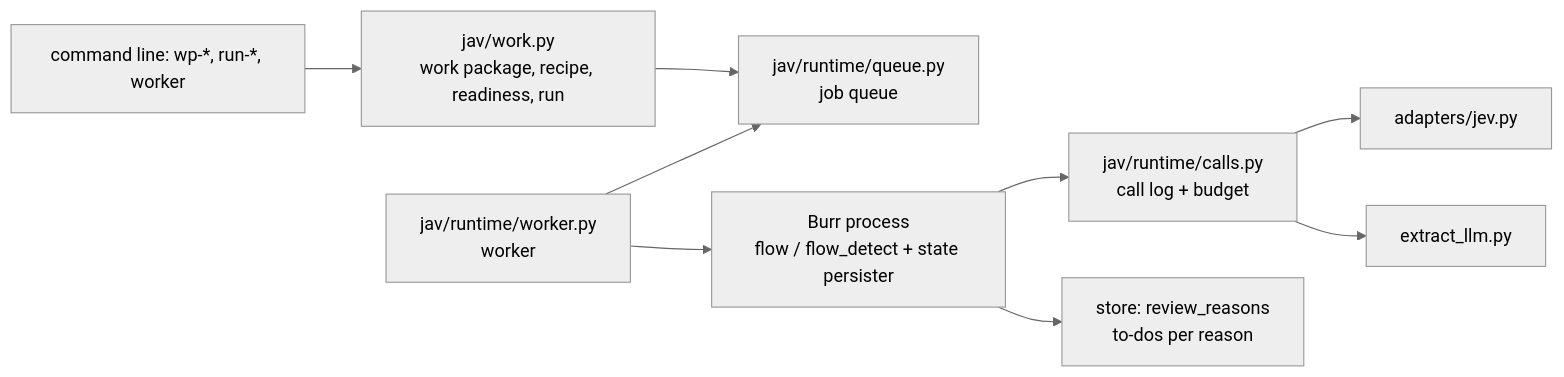
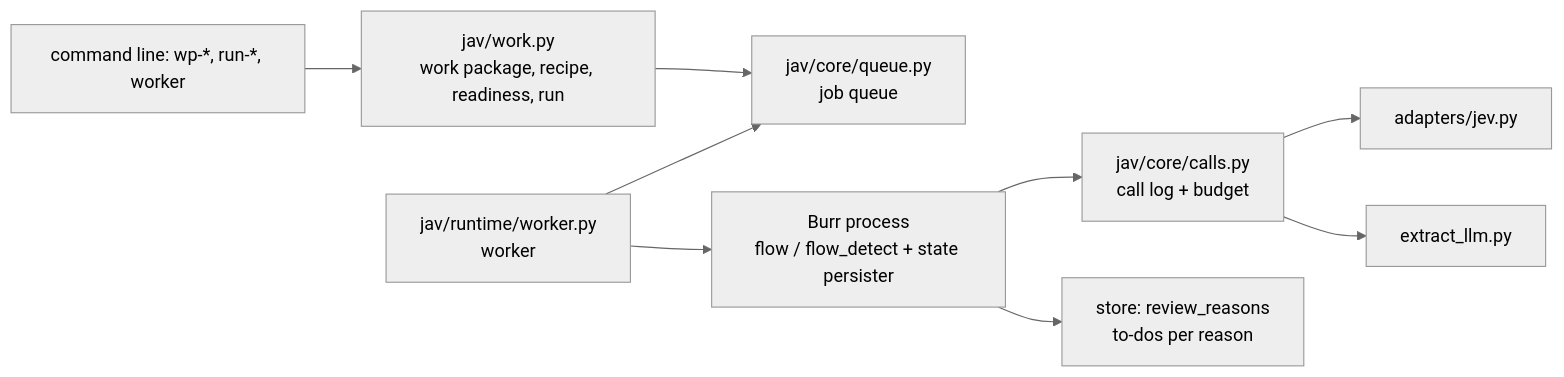
Before and after one commit to kassaiattila/58_JEV_AI: the first of 4 diagrams in docs/ARCHITECTURE.md, drawn with Mermaid (neutral theme). The commit also changed other lines of this file and 490 other files, not shown here.

First line of the commit message:
refactor(core): the shared core's modules in jav/core/ (208)

````diff
--- a/docs/ARCHITECTURE.md
+++ b/docs/ARCHITECTURE.md
@@ -266,11 +266,11 @@
 ```mermaid
 flowchart LR
   CLI[command line: wp-*, run-*, worker] --> WORK[jav/work.py<br/>work package, recipe, readiness, run]
-  WORK --> Q[jav/runtime/queue.py<br/>job queue]
+  WORK --> Q[jav/core/queue.py<br/>job queue]
   W[jav/runtime/worker.py<br/>worker] --> Q
   W --> FLOW[Burr process<br/>flow / flow_detect + state persister]
-  FLOW --> CALLS[jav/runtime/calls.py<br/>call log + budget]
+  FLOW --> CALLS[jav/core/calls.py<br/>call log + budget]
   CALLS --> JEV[adapters/jev.py]
   CALLS --> GPT[extract_llm.py]
   FLOW --> REV[store: review_reasons<br/>to-dos per reason]
 ```
````
